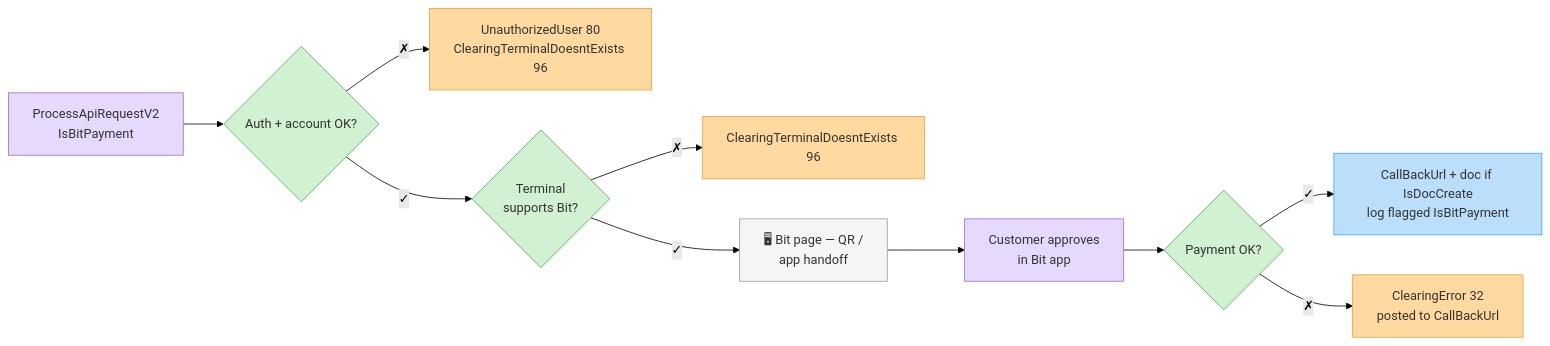
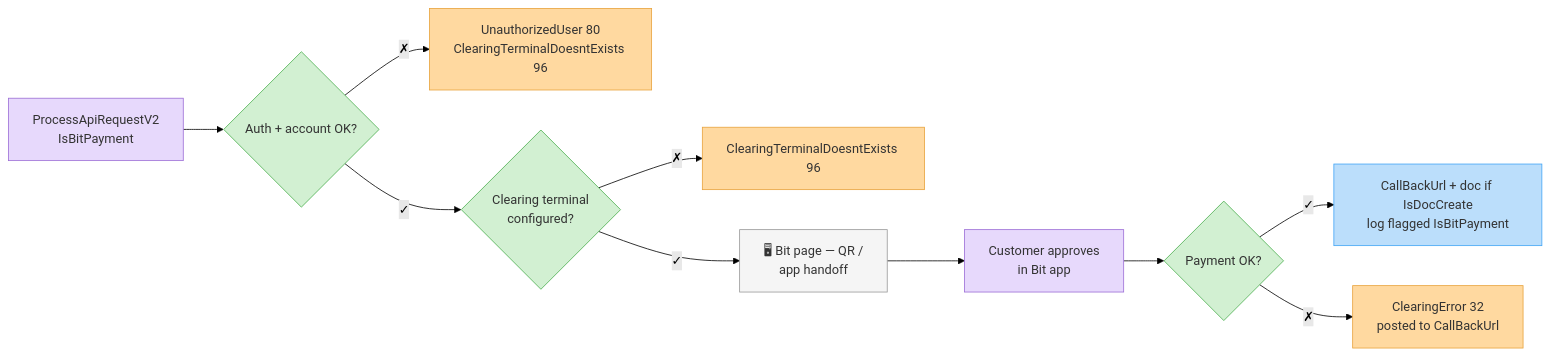
One commit to invoice4udev-hue/i4u-docs changed the first of 2 diagrams in clearing/alternative-payment-methods.md. Above: the diagram before and after it, drawn with Mermaid (forest theme). The commit also changed other lines of this file and 18 other files, not shown here.

````diff
--- a/clearing/alternative-payment-methods.md
+++ b/clearing/alternative-payment-methods.md
@@ -45,18 +45,18 @@
 ```mermaid
 flowchart LR
     classDef step fill:#E7D9FC,stroke:#9B6DD6,color:#333
     classDef dec fill:#D2F0D2,stroke:#4CAF50,color:#333
     classDef err fill:#FFD9A0,stroke:#E8A33D,color:#333
     classDef cb fill:#BBDEFB,stroke:#42A5F5,color:#333
     classDef page fill:#F5F5F5,stroke:#999,color:#333
 
     A[ProcessApiRequestV2<br/>IsBitPayment]:::step --> B{Auth + account OK?}:::dec
     B -- ✗ --> E1[UnauthorizedUser 80<br/>ClearingTerminalDoesntExists 96]:::err
-    B -- ✓ --> C{Terminal<br/>supports Bit?}:::dec
+    B -- ✓ --> C{Clearing terminal<br/>configured?}:::dec
     C -- ✗ --> E2[ClearingTerminalDoesntExists 96]:::err
     C -- ✓ --> D[🖥 Bit page — QR /<br/>app handoff]:::page
     D --> F[Customer approves<br/>in Bit app]:::step
     F --> G{Payment OK?}:::dec
     G -- ✓ --> H[CallBackUrl + doc if IsDocCreate<br/>log flagged IsBitPayment]:::cb
     G -- ✗ --> I[ClearingError 32<br/>posted to CallBackUrl]:::err
 ```
````
